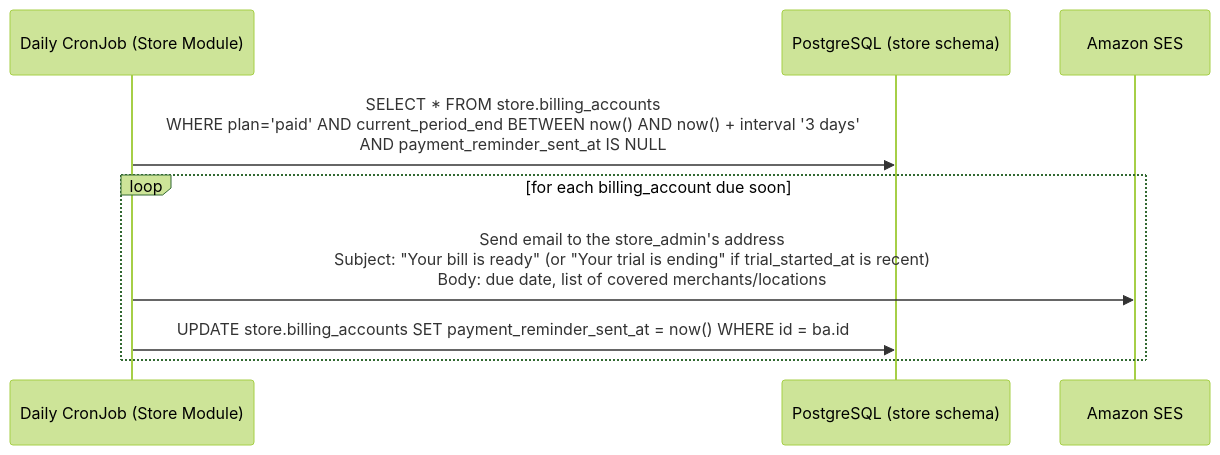
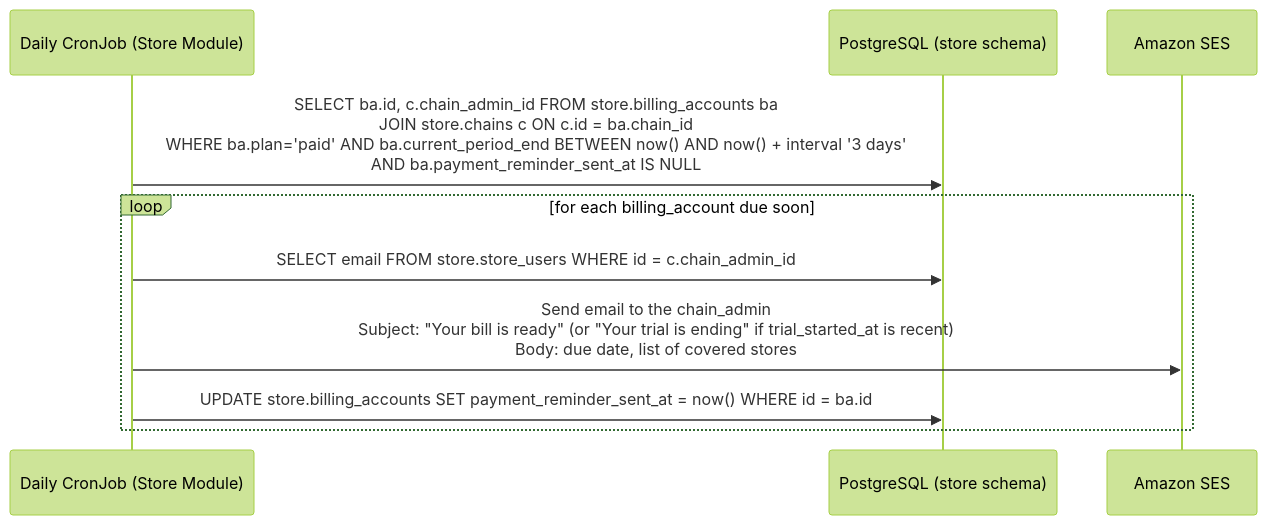
One commit to szhanggit/appointmentsystemdesign changed the fourth of 6 diagrams in usercasestudy/groway-billing-workflow.md. Above: the diagram before and after it, drawn with Mermaid (forest theme). The commit also changed other lines of this file and 6 other files, not shown here.

````diff
--- a/usercasestudy/groway-billing-workflow.md
+++ b/usercasestudy/groway-billing-workflow.md
@@ -145,12 +153,13 @@
 ```mermaid
 sequenceDiagram
     participant CRON as Daily CronJob (Store Module)
     participant DB as PostgreSQL (store schema)
     participant SES as Amazon SES
 
-    CRON->>DB: SELECT * FROM store.billing_accounts<br/>WHERE plan='paid' AND current_period_end BETWEEN now() AND now() + interval '3 days'<br/>AND payment_reminder_sent_at IS NULL
+    CRON->>DB: SELECT ba.id, c.chain_admin_id FROM store.billing_accounts ba<br/>JOIN store.chains c ON c.id = ba.chain_id<br/>WHERE ba.plan='paid' AND ba.current_period_end BETWEEN now() AND now() + interval '3 days'<br/>AND ba.payment_reminder_sent_at IS NULL
     loop for each billing_account due soon
-        CRON->>SES: Send email to the store_admin's address<br/>Subject: "Your bill is ready" (or "Your trial is ending" if trial_started_at is recent)<br/>Body: due date, list of covered merchants/locations
+        CRON->>DB: SELECT email FROM store.store_users WHERE id = c.chain_admin_id
+        CRON->>SES: Send email to the chain_admin<br/>Subject: "Your bill is ready" (or "Your trial is ending" if trial_started_at is recent)<br/>Body: due date, list of covered stores
         CRON->>DB: UPDATE store.billing_accounts SET payment_reminder_sent_at = now() WHERE id = ba.id
     end
 ```
````
